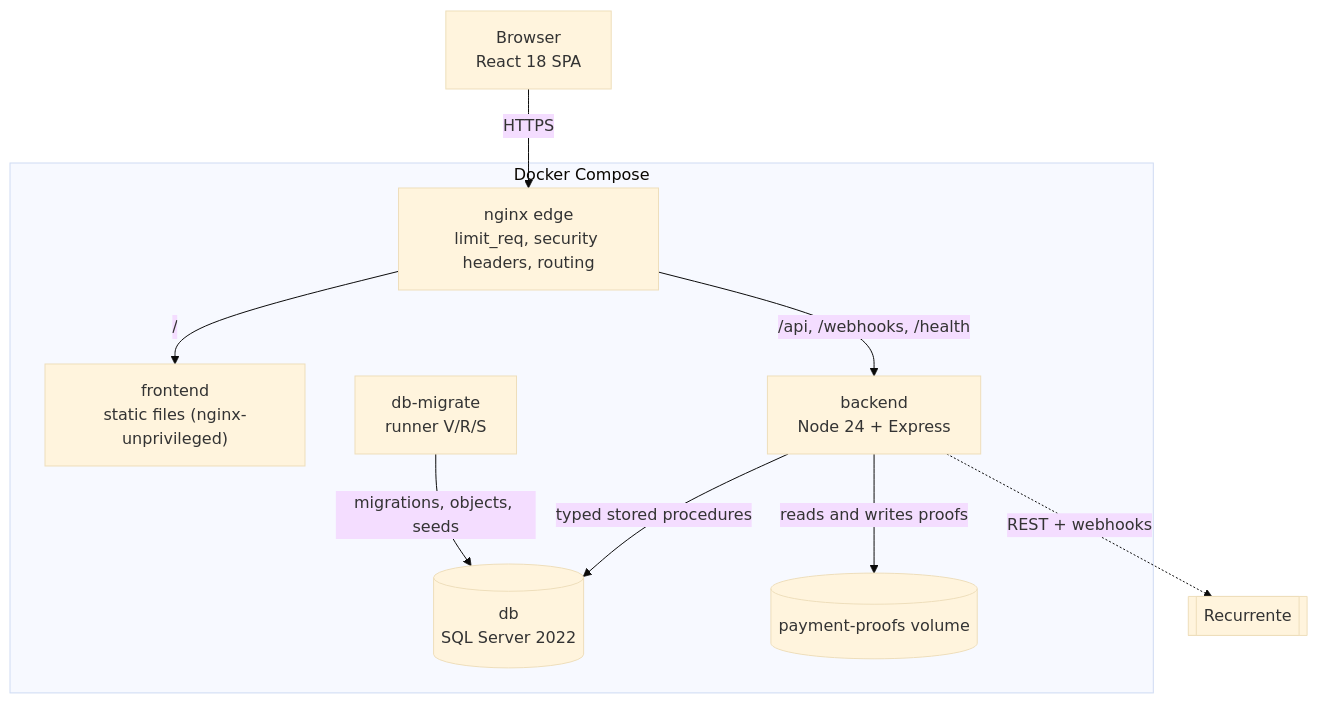
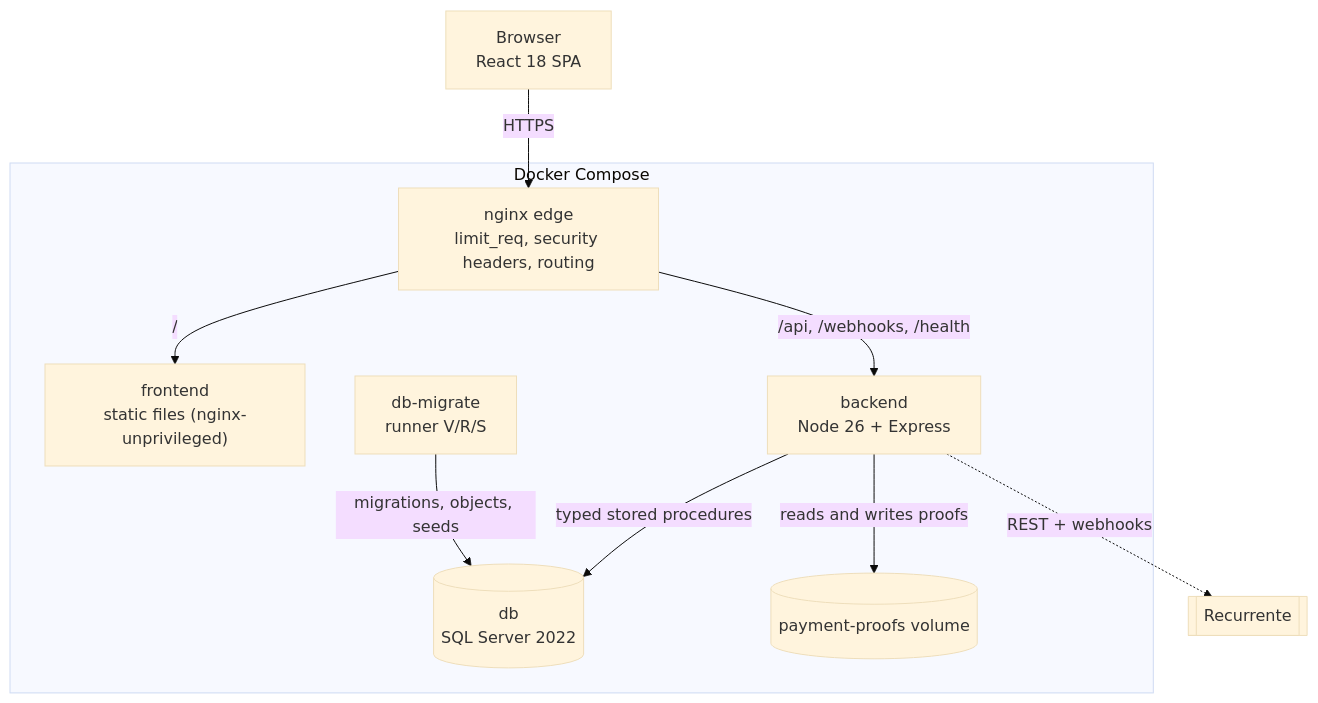
One commit to RedeArmy/bakery-shopcart-ecommerce changed the diagram in docs/architecture/c4/containers.md. Above: the diagram before and after it, drawn with Mermaid (base theme). The commit also changed 14 other files, not shown here.

````diff
--- a/docs/architecture/c4/containers.md
+++ b/docs/architecture/c4/containers.md
@@ -3,21 +3,21 @@
 ```mermaid
 flowchart TB
   browser["Browser<br/>React 18 SPA"]
   subgraph compose["Docker Compose"]
     nginx["nginx edge<br/>limit_req, security headers, routing"]
     frontend["frontend<br/>static files (nginx-unprivileged)"]
-    backend["backend<br/>Node 24 + Express"]
+    backend["backend<br/>Node 26 + Express"]
     migrate["db-migrate<br/>runner V/R/S"]
     db[("db<br/>SQL Server 2022")]
     proofs[("payment-proofs volume")]
   end
   recurrente[["Recurrente"]]
 
   browser -->|HTTPS| nginx
   nginx -->|/| frontend
   nginx -->|/api, /webhooks, /health| backend
   backend -->|typed stored procedures| db
   backend -->|reads and writes proofs| proofs
   migrate -->|migrations, objects, seeds| db
   backend -.->|REST + webhooks| recurrente
 ```
````
